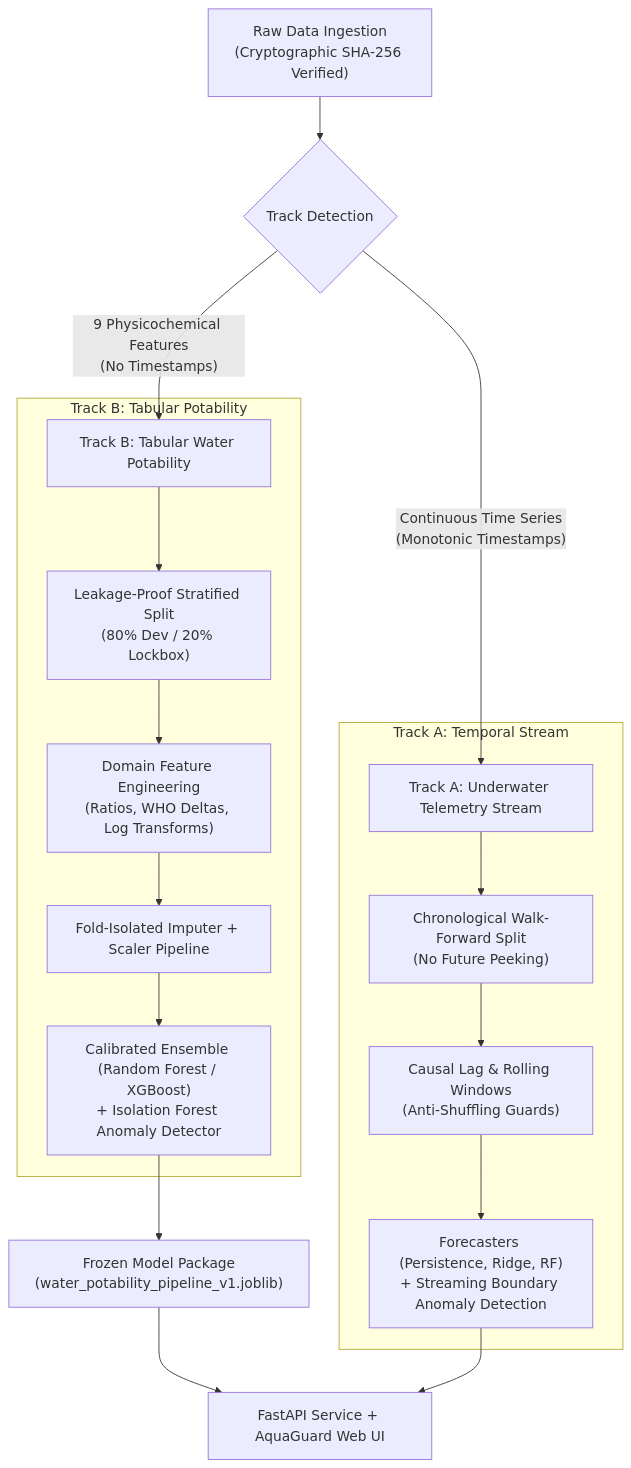
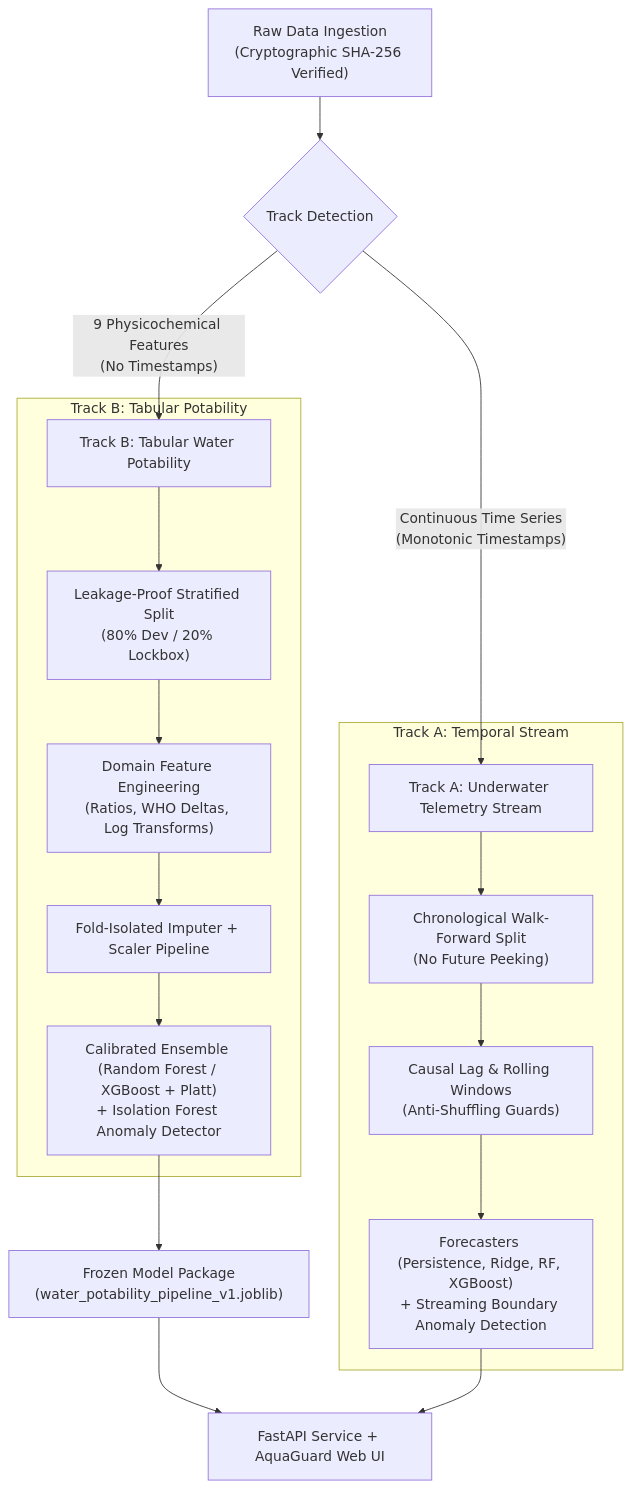
Before and after one commit to DurgaPavan0923/RajanaDurgaPavanKumar_C1_ONLINETIHIITG: the diagram in README.md, drawn with Mermaid. The commit also changed other lines of this file, not shown here.

Commit message:
docs(readme): update documentation to v2.1.0 with latest audit findings, 9-feature batch schema, and full benchmarks

````diff
--- a/README.md
+++ b/README.md
@@ -40,24 +41,24 @@
 ```mermaid
 flowchart TD
     Raw["Raw Data Ingestion\n(Cryptographic SHA-256 Verified)"] --> TrackCheck{"Track Detection"}
     
     TrackCheck -->|"9 Physicochemical Features\n(No Timestamps)"| TrackB["Track B: Tabular Water Potability"]
     TrackCheck -->|"Continuous Time Series\n(Monotonic Timestamps)"| TrackA["Track A: Underwater Telemetry Stream"]
     
     subgraph Track_B ["Track B: Tabular Potability"]
         TrackB --> PreB["Leakage-Proof Stratified Split\n(80% Dev / 20% Lockbox)"]
         PreB --> FE_B["Domain Feature Engineering\n(Ratios, WHO Deltas, Log Transforms)"]
         FE_B --> PipeB["Fold-Isolated Imputer + Scaler Pipeline"]
-        PipeB --> ModB["Calibrated Ensemble (Random Forest / XGBoost)\n+ Isolation Forest Anomaly Detector"]
+        PipeB --> ModB["Calibrated Ensemble (Random Forest / XGBoost + Platt)\n+ Isolation Forest Anomaly Detector"]
     end
     
     subgraph Track_A ["Track A: Temporal Stream"]
         TrackA --> PreA["Chronological Walk-Forward Split\n(No Future Peeking)"]
         PreA --> FE_A["Causal Lag & Rolling Windows\n(Anti-Shuffling Guards)"]
-        FE_A --> ModA["Forecasters (Persistence, Ridge, RF)\n+ Streaming Boundary Anomaly Detection"]
+        FE_A --> ModA["Forecasters (Persistence, Ridge, RF, XGBoost)\n+ Streaming Boundary Anomaly Detection"]
     end
     
     ModB --> ProdBundle["Frozen Model Package\n(water_potability_pipeline_v1.joblib)"]
     ProdBundle --> Serving["FastAPI Service + AquaGuard Web UI"]
     ModA --> Serving
 ```
````
